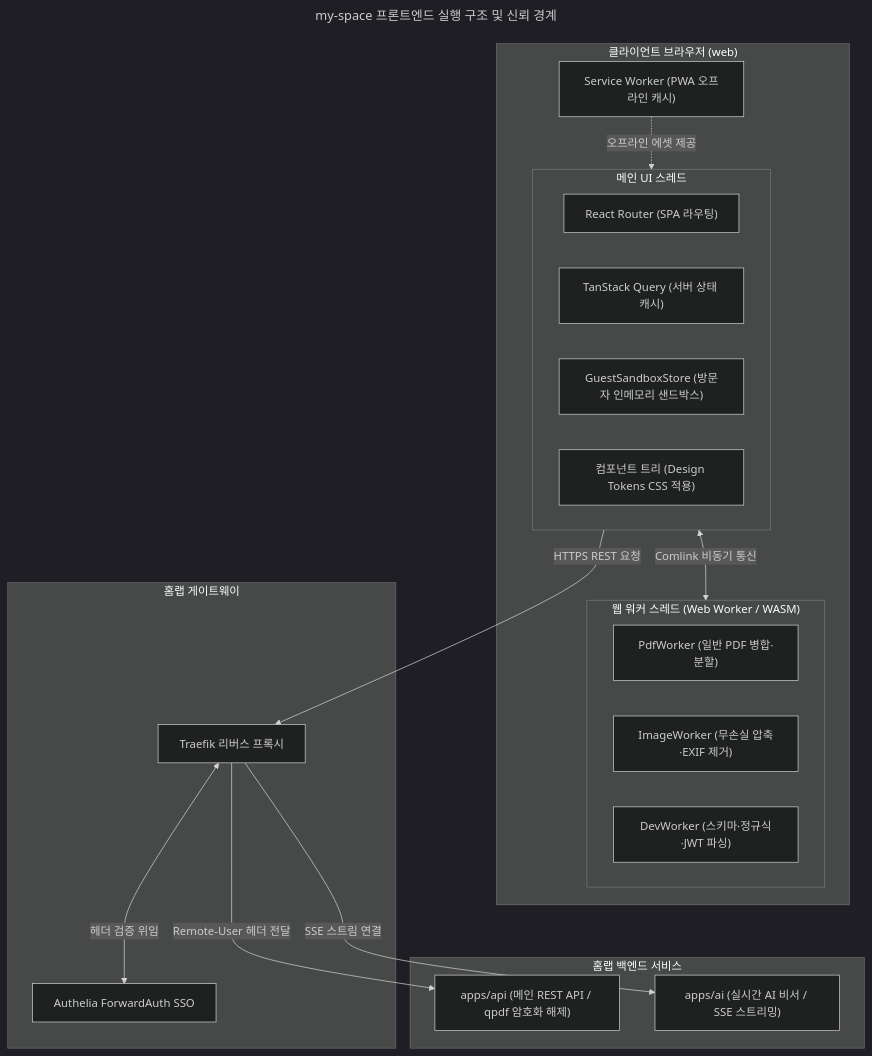
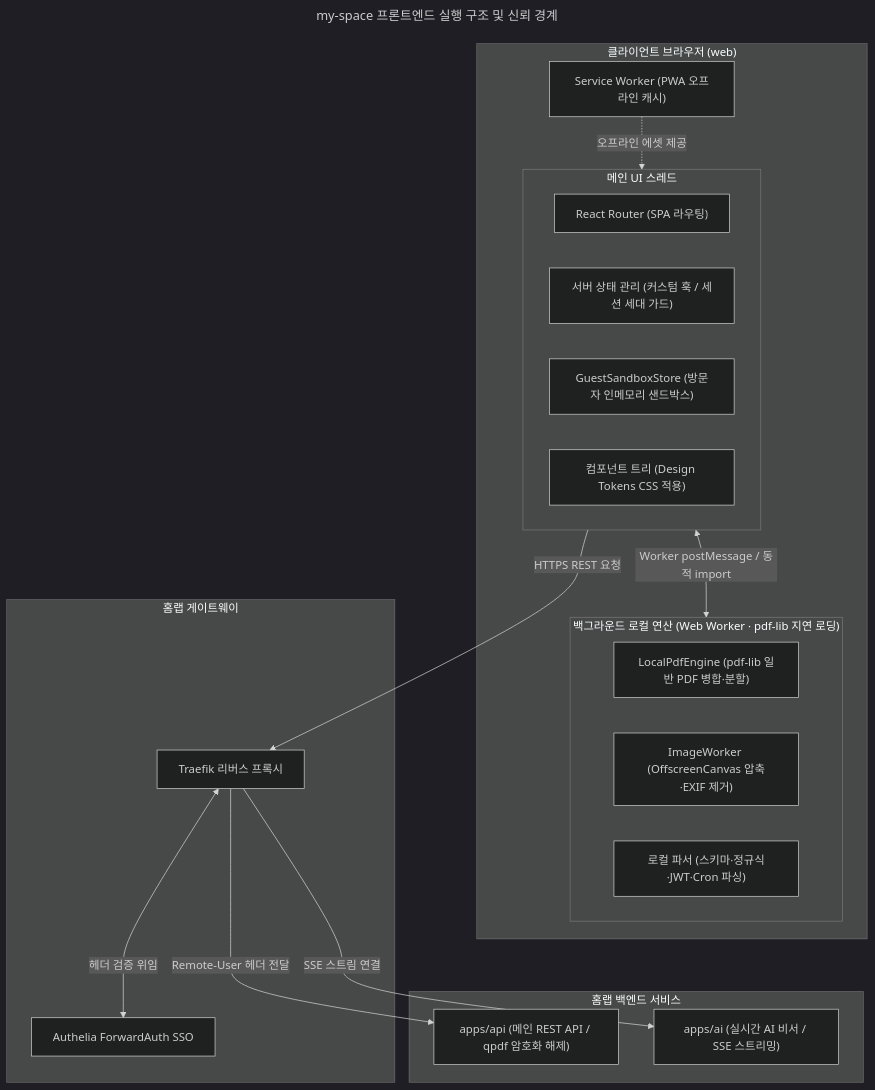
One commit to lkh-space/my-space-docs changed the diagram in frontend/fe-001-tech-stack.md. Above: the diagram before and after it, drawn with Mermaid (dark theme). The commit also changed other lines of this file and 4 other files, not shown here.

Commit message:
docs(frontend): align FE-001/002/005, PRD-005, and ADR-0009 with pdf-lib and OffscreenCanvas stack

````diff
--- a/frontend/fe-001-tech-stack.md
+++ b/frontend/fe-001-tech-stack.md
@@ -71,40 +71,40 @@
 ```mermaid
 ---
 title: my-space 프론트엔드 실행 구조 및 신뢰 경계
 ---
 flowchart TD
   subgraph Browser ["클라이언트 브라우저 (web)"]
     subgraph UI_Thread ["메인 UI 스레드"]
       Router["React Router (SPA 라우팅)"]
-      QueryCache["TanStack Query (서버 상태 캐시)"]
+      QueryCache["서버 상태 관리 (커스텀 훅 / 세션 세대 가드)"]
       SandboxStore["GuestSandboxStore (방문자 인메모리 샌드박스)"]
       ComponentTree["컴포넌트 트리 (Design Tokens CSS 적용)"]
     end
 
-    subgraph Worker_Thread ["웹 워커 스레드 (Web Worker / WASM)"]
-      PdfWorker["PdfWorker (일반 PDF 병합·분할)"]
-      ImgWorker["ImageWorker (무손실 압축·EXIF 제거)"]
-      DevWorker["DevWorker (스키마·정규식·JWT 파싱)"]
+    subgraph Worker_Thread ["백그라운드 로컬 연산 (Web Worker · pdf-lib 지연 로딩)"]
+      PdfWorker["LocalPdfEngine (pdf-lib 일반 PDF 병합·분할)"]
+      ImgWorker["ImageWorker (OffscreenCanvas 압축·EXIF 제거)"]
+      DevWorker["로컬 파서 (스키마·정규식·JWT·Cron 파싱)"]
     end
 
     SW["Service Worker (PWA 오프라인 캐시)"]
   end
 
   subgraph Gateway ["홈랩 게이트웨이"]
     Traefik["Traefik 리버스 프록시"]
     Authelia["Authelia ForwardAuth SSO"]
   end
 
   subgraph Backend ["홈랩 백엔드 서비스"]
     ApiServer["apps/api (메인 REST API / qpdf 암호화 해제)"]
     AiServer["apps/ai (실시간 AI 비서 / SSE 스트리밍)"]
   end
 
-  UI_Thread <-->|Comlink 비동기 통신| Worker_Thread
+  UI_Thread <-->|Worker postMessage / 동적 import| Worker_Thread
   SW -.->|오프라인 에셋 제공| UI_Thread
 
   UI_Thread -->|HTTPS REST 요청| Traefik
   Traefik <-->|헤더 검증 위임| Authelia
   Traefik -->|Remote-User 헤더 전달| ApiServer
   Traefik -->|SSE 스트림 연결| AiServer
 ```
````
